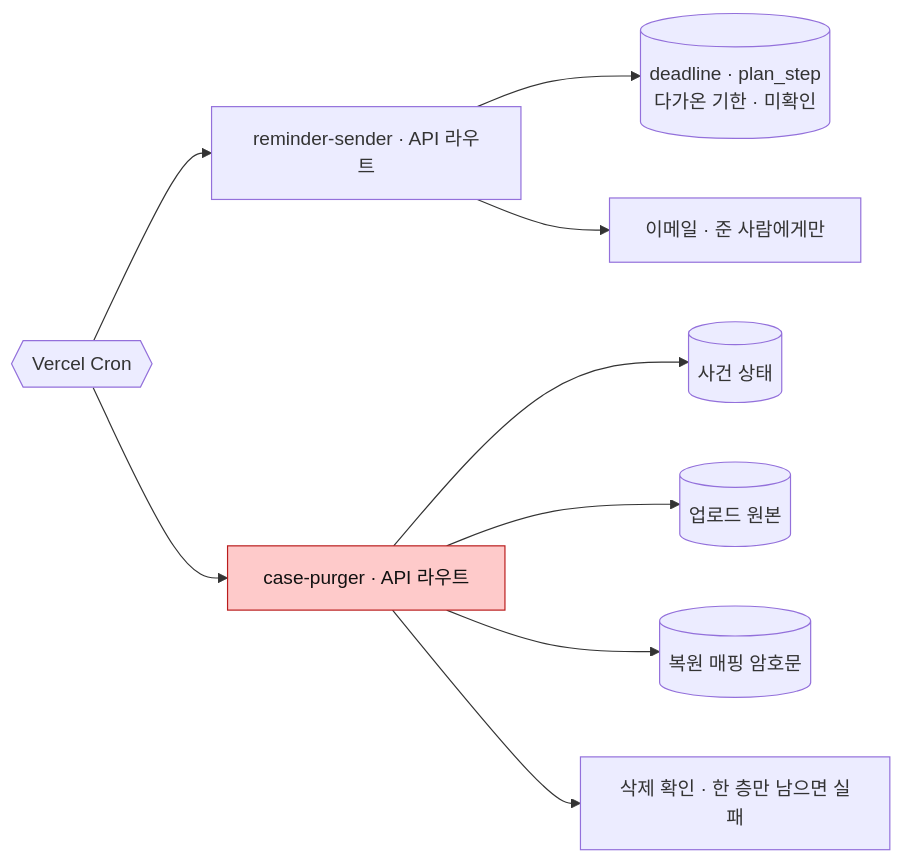
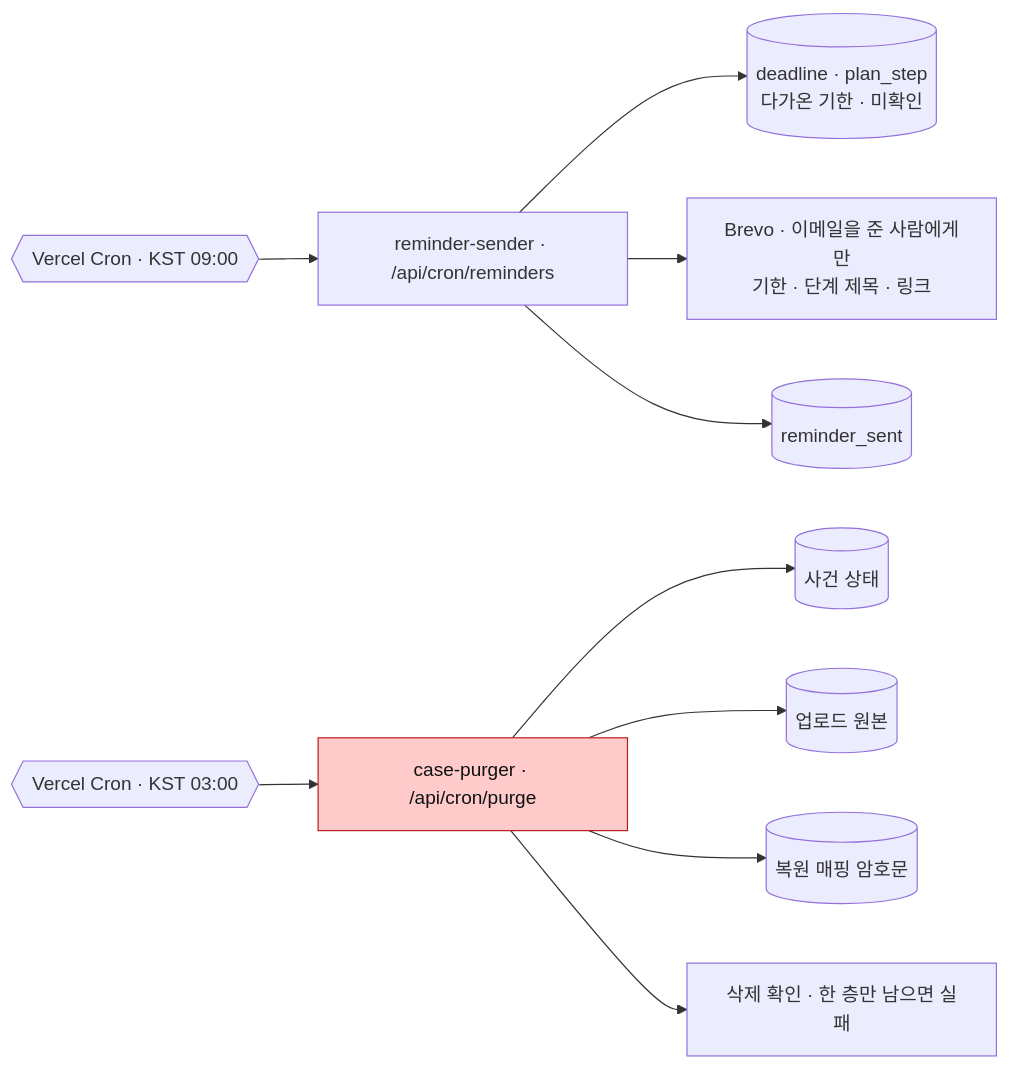
The sixth of 9 diagrams in ARCHITECTURE.md (Dojaegyum/fsec-ai-challenge), drawn with Mermaid before and after one commit. The commit also changed other lines of this file and 9 other files, not shown here.

First line of the commit message:
ARCHITECTURE.md 를 2026-09-06 main 기준으로 다시 쓴다 — 앱 밖 모델 서비스 · 볼트 · 크론 셋 · 실제 데이터 흐름을 그리고 미결 절은 없앤다 (doc-gardening 셋째 손질)

````diff
--- a/ARCHITECTURE.md
+++ b/ARCHITECTURE.md
@@ -245,15 +336,16 @@
 ```mermaid
 flowchart LR
-    CRON{{"Vercel Cron"}} --> RS["reminder-sender · API 라우트"]
-    CRON --> CP["case-purger · API 라우트"]
+    CRON2{{"Vercel Cron · KST 09:00"}} --> RS["reminder-sender · /api/cron/reminders"]
+    CRON3{{"Vercel Cron · KST 03:00"}} --> CP["case-purger · /api/cron/purge"]
 
     RS --> DL[("deadline · plan_step<br/>다가온 기한 · 미확인")]
-    RS --> MAIL["이메일 · 준 사람에게만"]
+    RS --> MAIL["Brevo · 이메일을 준 사람에게만<br/>기한 · 단계 제목 · 링크"]
+    RS --> SENT[("reminder_sent")]
 
     CP --> PG[("사건 상태")]
     CP --> BLOB[("업로드 원본")]
     CP --> KV[("복원 매핑 암호문")]
     CP --> VERIFY["삭제 확인 · 한 층만 남으면 실패"]
 
     style CP fill:#fecaca,stroke:#b91c1c,color:#111
 ```
````
